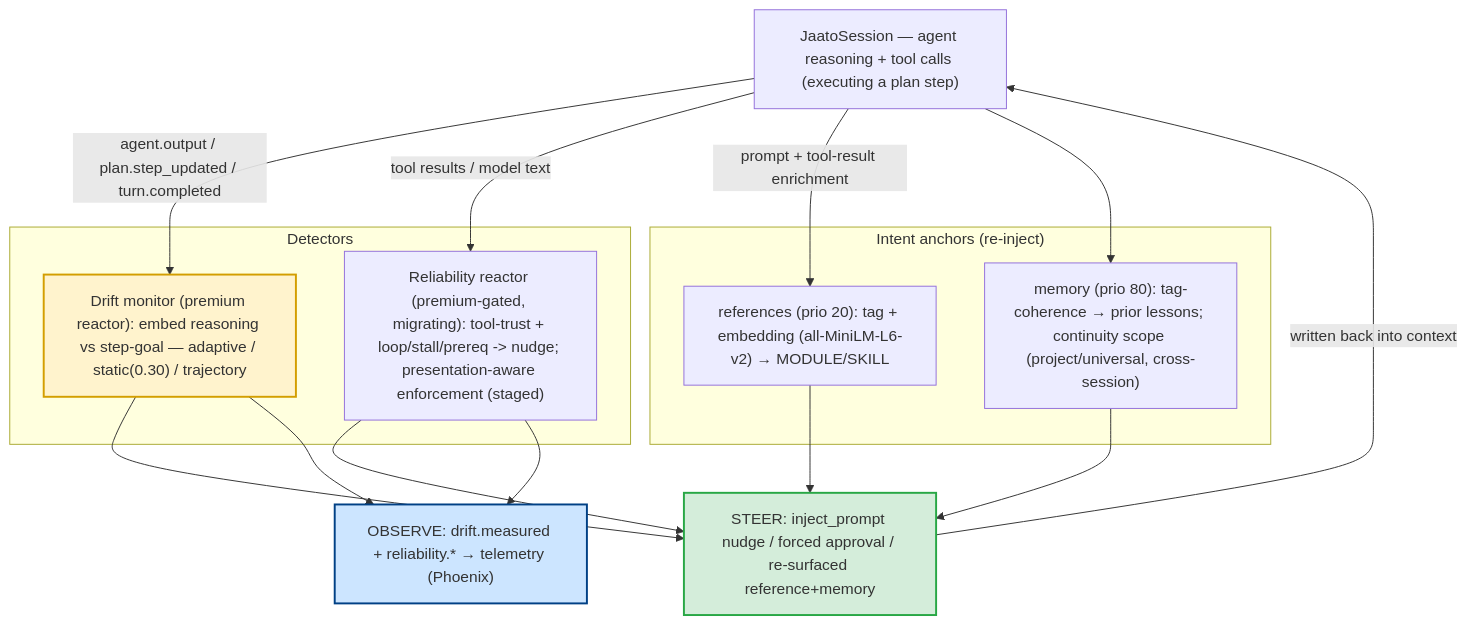
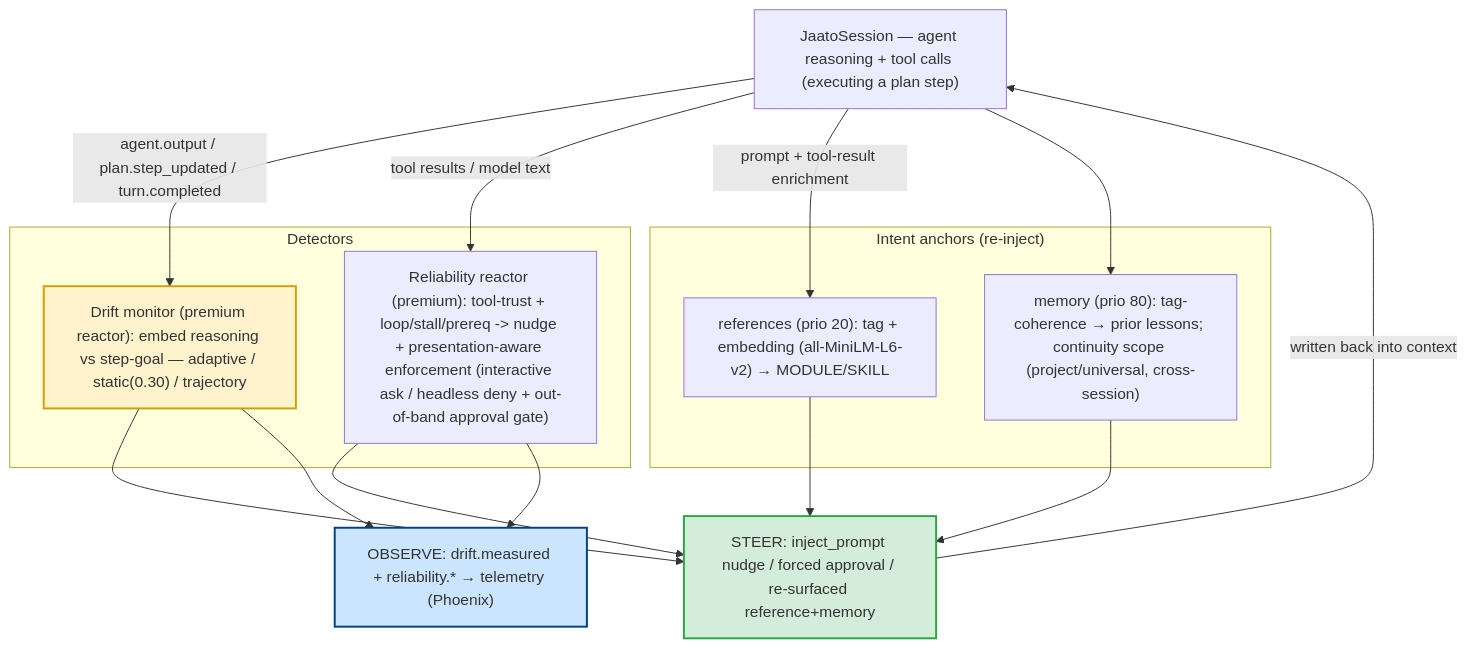
Before and after one commit to Jaato-framework-and-examples/the_Jaato_Arch_visualization: the diagram in components/21-resilience-drift.md, drawn with Mermaid. The commit also changed other lines of this file, not shown here.

````diff
--- a/components/21-resilience-drift.md
+++ b/components/21-resilience-drift.md
@@ -101,32 +101,32 @@
 ```mermaid
 flowchart TD
     sess["JaatoSession — agent reasoning + tool calls (executing a plan step)"]
 
     subgraph DET["Detectors"]
         dm["Drift monitor (premium reactor): embed reasoning vs step-goal — adaptive / static(0.30) / trajectory"]
-        rel["Reliability reactor (premium-gated, migrating): tool-trust + loop/stall/prereq -> nudge; presentation-aware enforcement (staged)"]
+        rel["Reliability reactor (premium): tool-trust + loop/stall/prereq -> nudge + presentation-aware enforcement (interactive ask / headless deny + out-of-band approval gate)"]
     end
     subgraph ANCH["Intent anchors (re-inject)"]
         ref["references (prio 20): tag + embedding (all-MiniLM-L6-v2) → MODULE/SKILL"]
         mem["memory (prio 80): tag-coherence → prior lessons; continuity scope (project/universal, cross-session)"]
     end
 
     steer["STEER: inject_prompt nudge / forced approval / re-surfaced reference+memory"]
     obs["OBSERVE: drift.measured + reliability.* → telemetry (Phoenix)"]
 
     sess -->|"agent.output / plan.step_updated / turn.completed"| dm
     sess -->|"tool results / model text"| rel
     sess -->|"prompt + tool-result enrichment"| ref
     sess --> mem
     dm --> steer
     rel --> steer
     ref --> steer
     mem --> steer
     steer -->|"written back into context"| sess
     dm --> obs
     rel --> obs
 
     style dm fill:#fff3cd,stroke:#d39e00,stroke-width:2px
     style steer fill:#d4edda,stroke:#28a745,stroke-width:2px
     style obs fill:#cce5ff,stroke:#004085,stroke-width:2px
 ```
````
